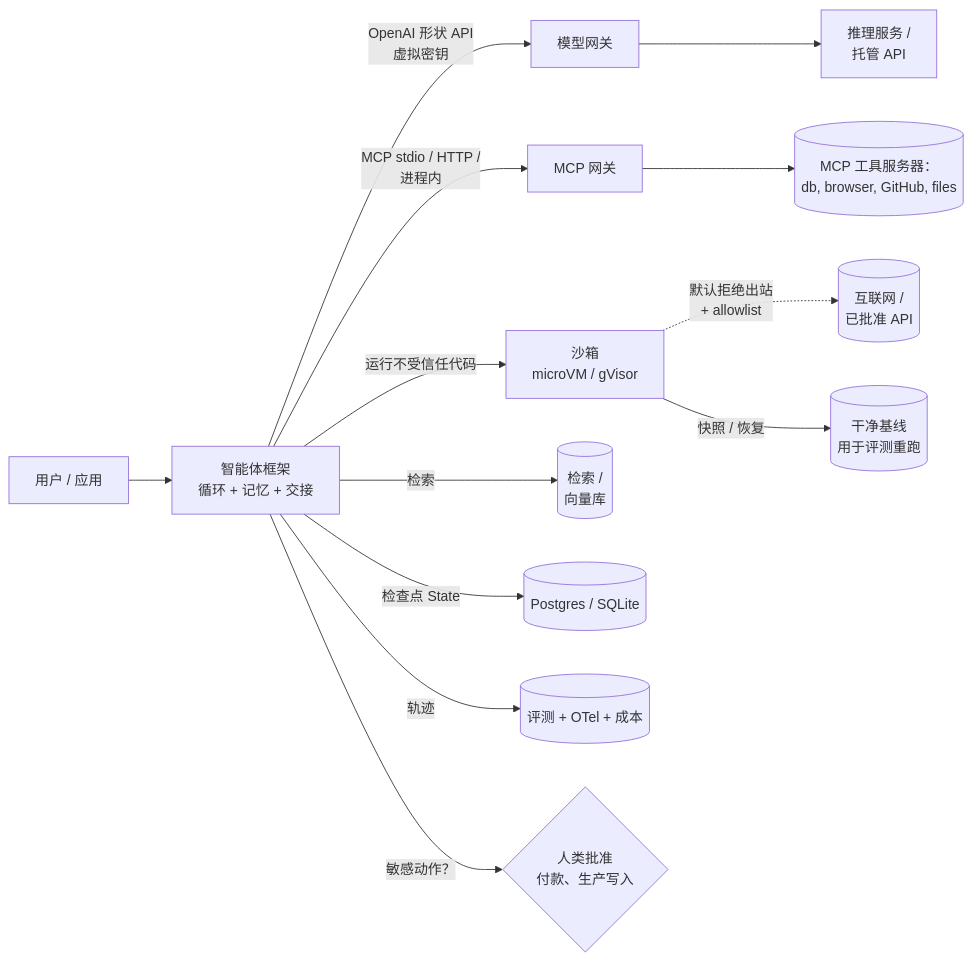
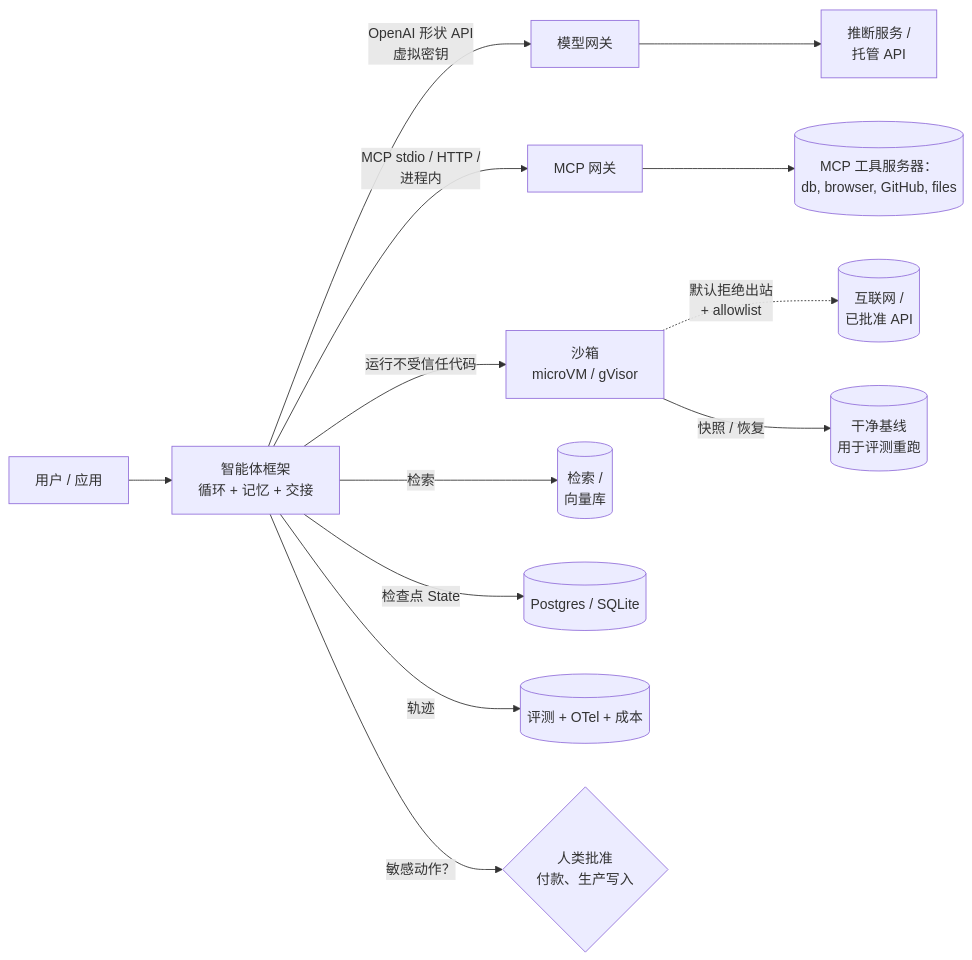
The diagram in zh/practice/05-agents-and-sandboxes.qmd (latere-ai/ai-as-an-infrastructure), drawn with Mermaid before and after one commit. The commit also changed other lines of this file and 40 other files, not shown here.

````diff
--- a/zh/practice/05-agents-and-sandboxes.qmd
+++ b/zh/practice/05-agents-and-sandboxes.qmd
@@ -199,17 +199,17 @@
 ```{mermaid}
 %%| label: fig-agent-runtime
 %%| fig-cap: "生产智能体运行时。框架不持有提供方密钥、也不持有原始凭据；模型访问、工具访问、计算访问各自经一个受治理的接缝伸进来。"
 flowchart LR
   user["用户 / 应用"] --> agent["智能体框架<br/>循环 + 记忆 + 交接"]
   agent -->|"OpenAI 形状 API<br/>虚拟密钥"| gw["模型网关"]
-  gw --> serve["推理服务 /<br/>托管 API"]
+  gw --> serve["推断服务 /<br/>托管 API"]
   agent -->|"MCP stdio / HTTP /<br/>进程内"| mcpgw["MCP 网关"]
   mcpgw --> tools[("MCP 工具服务器：<br/>db, browser, GitHub, files")]
   agent -->|"运行不受信任代码"| sb["沙箱<br/>microVM / gVisor"]
   sb -. "默认拒绝出站<br/>+ allowlist" .-> net[("互联网 /<br/>已批准 API")]
   sb -->|"快照 / 恢复"| snap[("干净基线<br/>用于评测重跑")]
   agent -->|"检索"| rag[("检索 /<br/>向量库")]
   agent -->|"检查点 State"| ckpt[("Postgres / SQLite")]
   agent -->|"轨迹"| obs[("评测 + OTel + 成本")]
   agent -->|"敏感动作？"| human{"人类批准<br/>付款、生产写入"}
 ```
````
